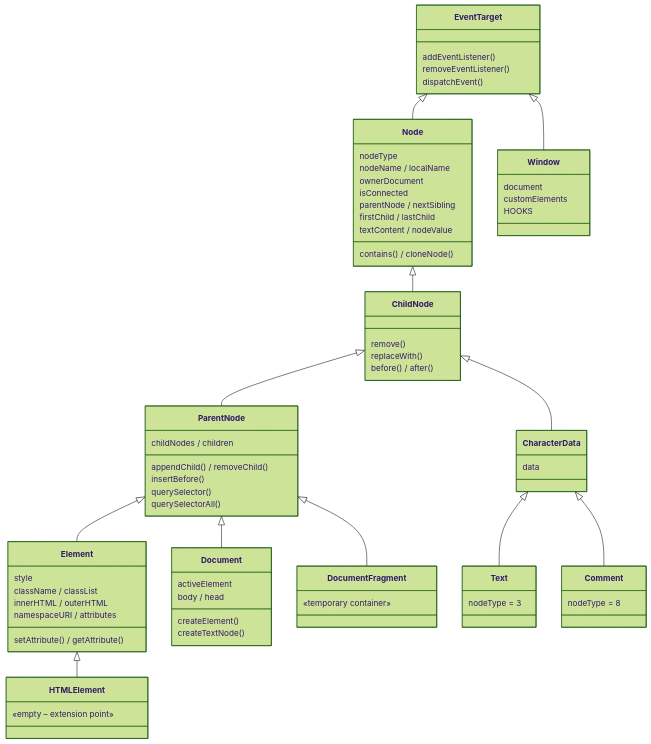
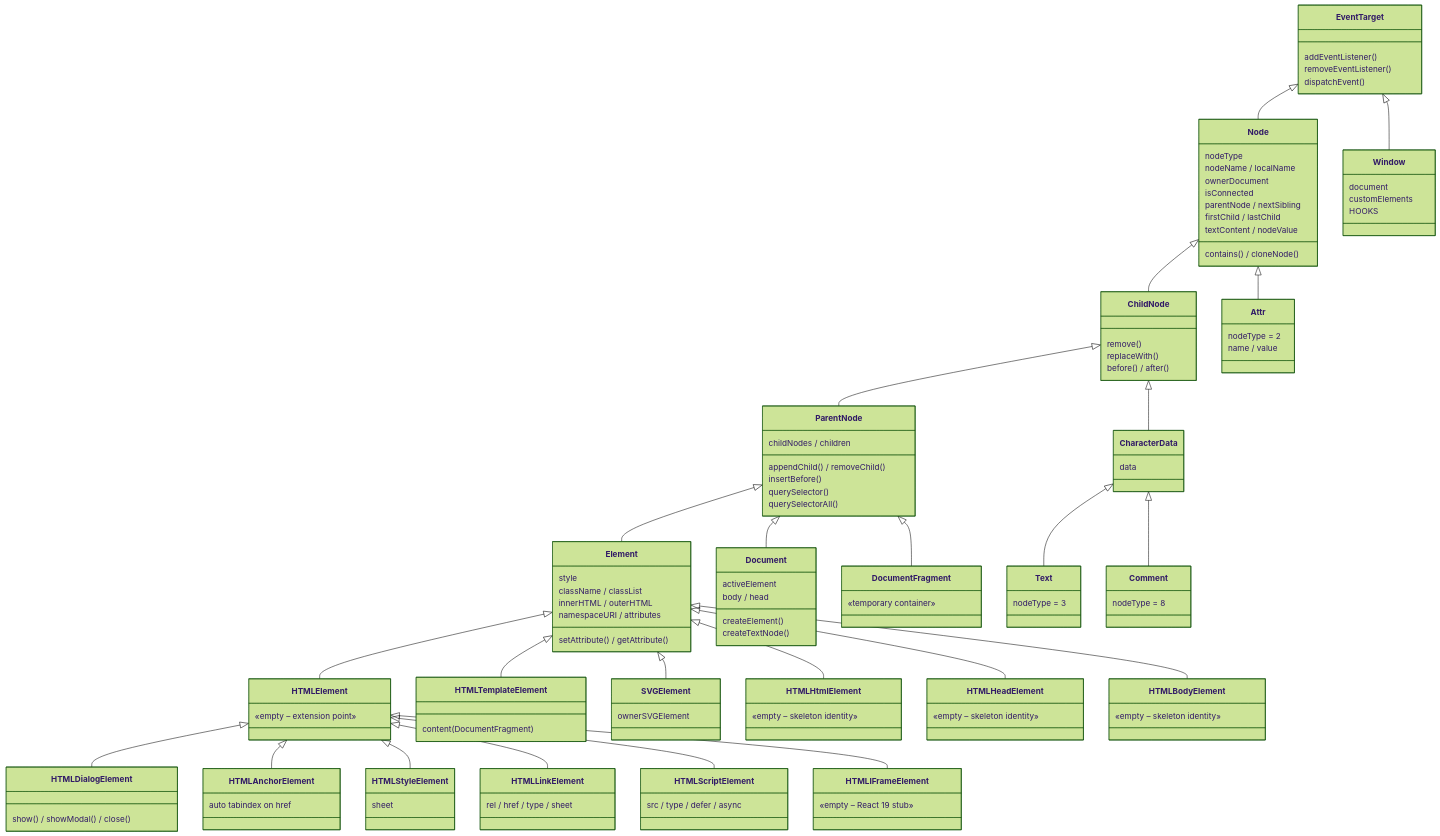
The diagram in cliui/dom/docs/learn/dom-architecture.md (olavoasantos/cliui), drawn with Mermaid (forest theme) before and after one commit. The commit also changed other lines of this file, not shown here.

First line of the commit message:
Raise dom-architecture doc to canonical quality

````diff
--- a/cliui/dom/docs/learn/dom-architecture.md
+++ b/cliui/dom/docs/learn/dom-architecture.md
@@ -53,6 +55,27 @@
         «empty – extension point»
     }
 
+    class Attr {
+        nodeType = 2
+        name / value
+    }
+
+    class HTMLDialogElement {
+        show() / showModal() / close()
+    }
+    class HTMLAnchorElement {
+        auto tabindex on href
+    }
+    class HTMLTemplateElement {
+        content (DocumentFragment)
+    }
+    class HTMLStyleElement {
+        sheet
+    }
+    class SVGElement {
+        ownerSVGElement
+    }
+
     class CharacterData {
         data
     }
@@ -85,12 +108,43 @@
     EventTarget <|-- Node
     EventTarget <|-- Window
     Node <|-- ChildNode
+    Node <|-- Attr
     ChildNode <|-- ParentNode
     ChildNode <|-- CharacterData
     ParentNode <|-- Element
     ParentNode <|-- Document
     ParentNode <|-- DocumentFragment
     Element <|-- HTMLElement
+    Element <|-- HTMLTemplateElement
+    Element <|-- SVGElement
+    HTMLElement <|-- HTMLDialogElement
+    HTMLElement <|-- HTMLAnchorElement
+    HTMLElement <|-- HTMLStyleElement
+    HTMLElement <|-- HTMLLinkElement
+    HTMLElement <|-- HTMLScriptElement
+    HTMLElement <|-- HTMLIFrameElement
+    Element <|-- HTMLHtmlElement
+    Element <|-- HTMLHeadElement
+    Element <|-- HTMLBodyElement
     CharacterData <|-- Text
     CharacterData <|-- Comment
+
+    class HTMLLinkElement {
+        rel / href / type / sheet
+    }
+    class HTMLScriptElement {
+        src / type / defer / async
+    }
+    class HTMLIFrameElement {
+        «empty – React 19 stub»
+    }
+    class HTMLHtmlElement {
+        «empty – skeleton identity»
+    }
+    class HTMLHeadElement {
+        «empty – skeleton identity»
+    }
+    class HTMLBodyElement {
+        «empty – skeleton identity»
+    }
 ```
````
